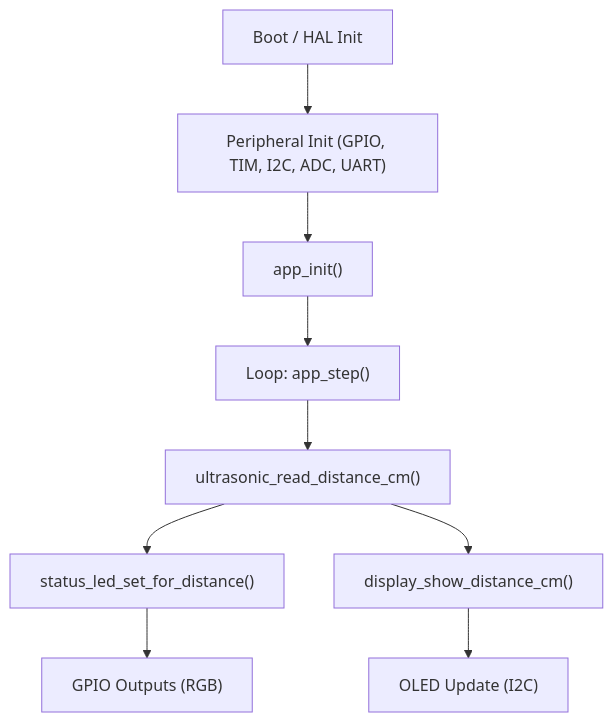
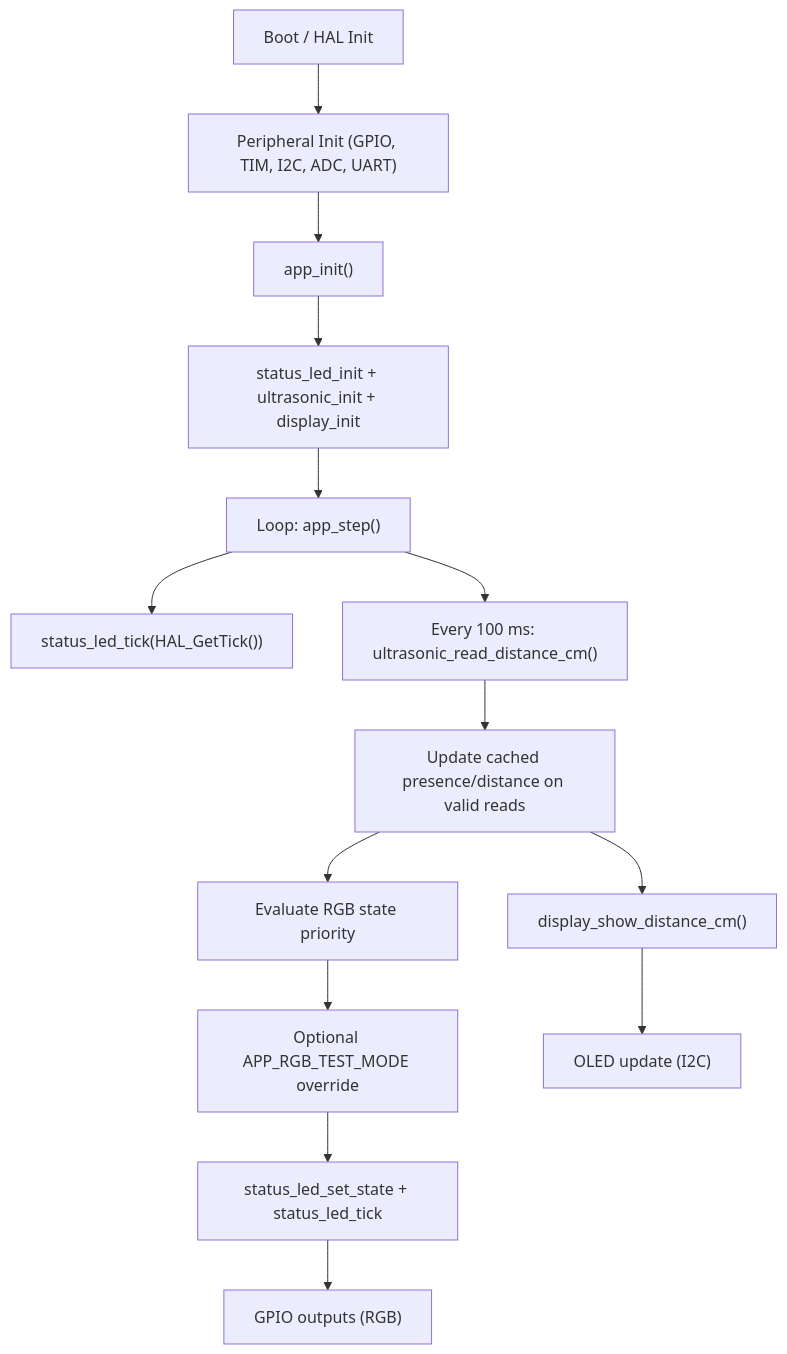
The diagram in docs/architecture/Architecture.md (RJTPP/S-ADAPT-IoT), drawn with Mermaid before and after one commit. The commit also changed other lines of this file and 6 other files, not shown here.

First line of the commit message:
Feat/rgb led (#9)

````diff
--- a/docs/architecture/Architecture.md
+++ b/docs/architecture/Architecture.md
@@ -32,11 +32,16 @@
 ```mermaid
 flowchart TD
     A["Boot / HAL Init"] --> B["Peripheral Init (GPIO, TIM, I2C, ADC, UART)"]
     B --> C["app_init()"]
-    C --> D["Loop: app_step()"]
-    D --> E["ultrasonic_read_distance_cm()"]
-    E --> F["status_led_set_for_distance()"]
-    E --> G["display_show_distance_cm()"]
-    F --> H["GPIO Outputs (RGB)"]
-    G --> I["OLED Update (I2C)"]
+    C --> C1["status_led_init + ultrasonic_init + display_init"]
+    C1 --> D["Loop: app_step()"]
+    D --> E["status_led_tick(HAL_GetTick())"]
+    D --> F["Every 100 ms: ultrasonic_read_distance_cm()"]
+    F --> G["Update cached presence/distance on valid reads"]
+    G --> H["Evaluate RGB state priority"]
+    H --> I["Optional APP_RGB_TEST_MODE override"]
+    I --> J["status_led_set_state + status_led_tick"]
+    J --> K["GPIO outputs (RGB)"]
+    G --> L["display_show_distance_cm()"]
+    L --> M["OLED update (I2C)"]
 ```
````
